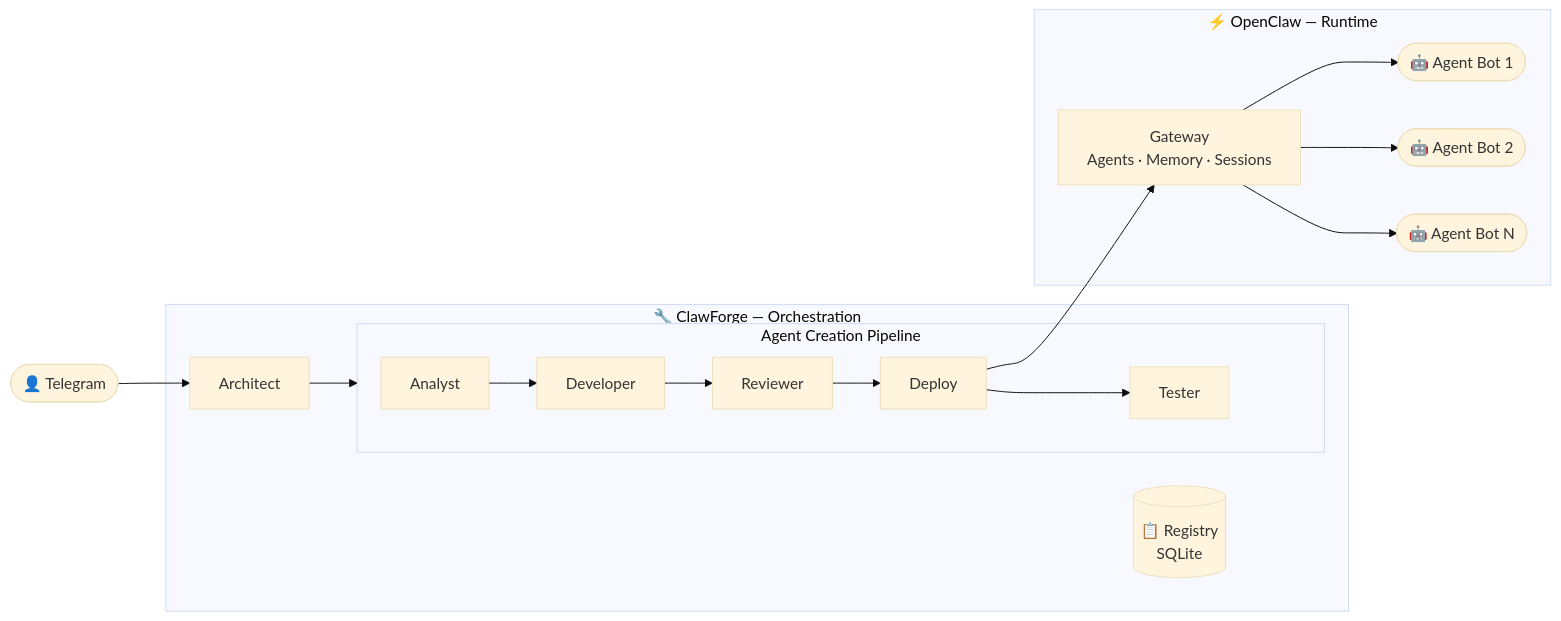
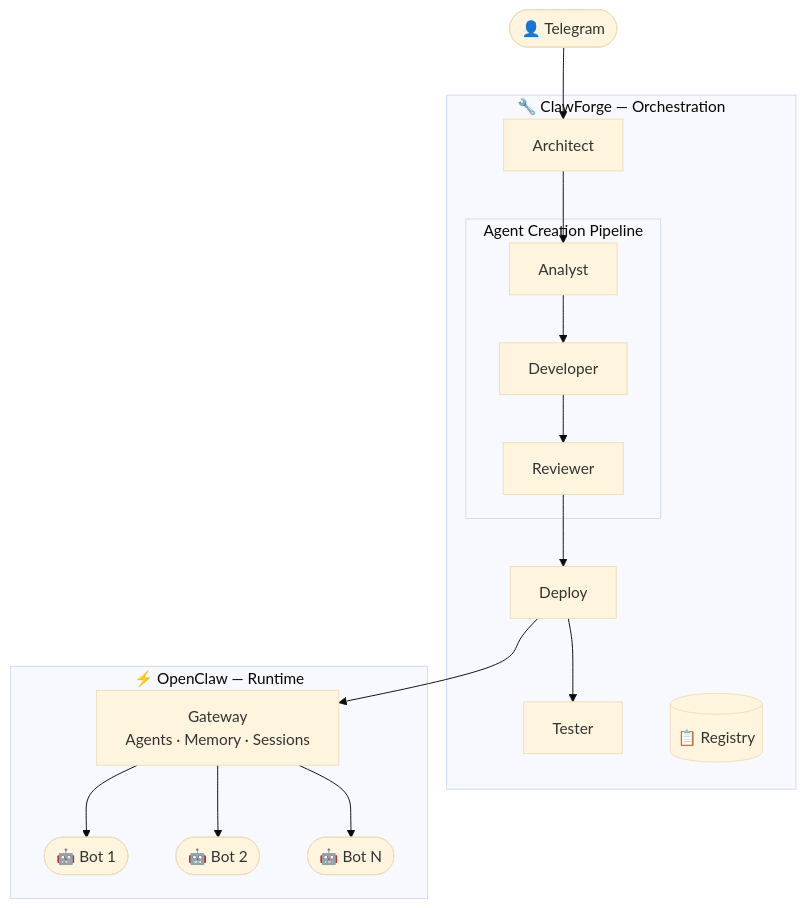
Before and after one commit to maesthrow/claw-forge: the diagram in README.md, drawn with Mermaid (base theme). The commit also changed 1 other file, not shown here.

Commit message:
docs: improve mermaid diagram layout (TB instead of LR)
Vertical layout (top-to-bottom) renders cleaner on GitHub.
Deploy and Tester outside Pipeline subgraph for clarity.

````diff
--- a/README.md
+++ b/README.md
@@ -17,20 +17,21 @@
 ```mermaid
-flowchart LR
+flowchart TB
     User(["👤 Telegram"]) --> Architect
 
     subgraph ClawForge["🔧 ClawForge — Orchestration"]
-        Architect --> Pipeline
+        Architect --> Analyst
         subgraph Pipeline["Agent Creation Pipeline"]
-            Analyst --> Developer --> Reviewer --> Deploy2["Deploy"]
-            Deploy2 --> Tester
+            Analyst --> Developer --> Reviewer
         end
-        Registry[("📋 Registry\nSQLite")]
+        Reviewer --> Deploy
+        Deploy --> Tester
+        Registry[("📋 Registry")]
     end
 
     subgraph OpenClaw["⚡ OpenClaw — Runtime"]
-        Deploy2 --> Gateway["Gateway\nAgents · Memory · Sessions"]
-        Gateway --> Bot1(["🤖 Agent Bot 1"])
-        Gateway --> Bot2(["🤖 Agent Bot 2"])
-        Gateway --> BotN(["🤖 Agent Bot N"])
+        Deploy --> Gateway["Gateway\nAgents · Memory · Sessions"]
+        Gateway --> Bot1(["🤖 Bot 1"])
+        Gateway --> Bot2(["🤖 Bot 2"])
+        Gateway --> BotN(["🤖 Bot N"])
     end
 ```
````
